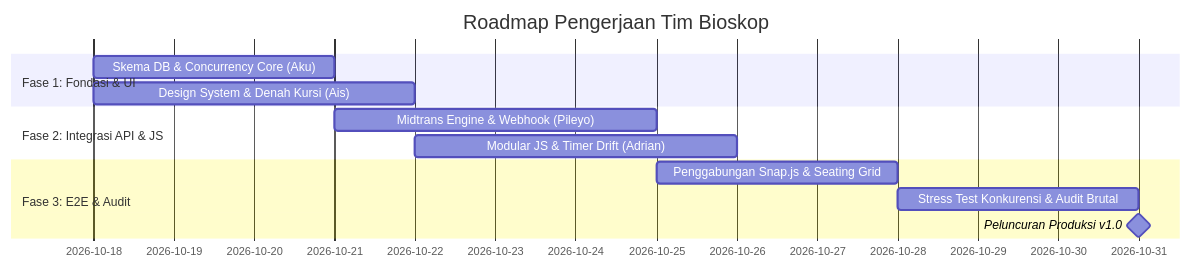
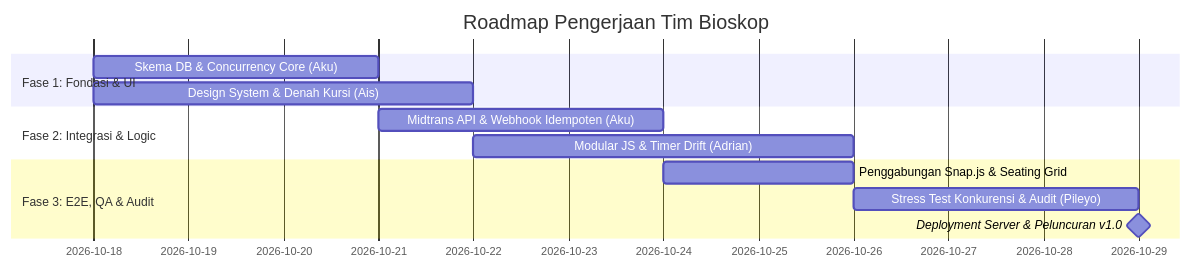
The second of 2 diagrams in docs/08-jobdesk-team.md (Hnzsama/nexus), drawn with Mermaid before and after one commit. The commit also changed other lines of this file and 1 other file, not shown here.

Commit message:
refactor(docs): assign 100% backend to Aku, visual styling to Ais, client JS logic to Adrian, QA & DevOps to Pileyo

````diff
--- a/docs/08-jobdesk-team.md
+++ b/docs/08-jobdesk-team.md
@@ -189,15 +238,15 @@
 ```mermaid
 gantt
     title Roadmap Pengerjaan Tim Bioskop
     dateFormat YYYY-MM-DD
     section Fase 1: Fondasi & UI
     Skema DB & Concurrency Core (Aku)       :a1, 2026-10-18, 3d
     Design System & Denah Kursi (Ais)       :a2, 2026-10-18, 4d
-    section Fase 2: Integrasi API & JS
-    Midtrans Engine & Webhook (Pileyo)      :a3, after a1, 4d
+    section Fase 2: Integrasi & Logic
+    Midtrans API & Webhook Idempoten (Aku)  :a3, after a1, 3d
     Modular JS & Timer Drift (Adrian)       :a4, after a2, 4d
-    section Fase 3: E2E & Audit
-    Penggabungan Snap.js & Seating Grid     :a5, after a3, 3d
-    Stress Test Konkurensi & Audit Brutal   :a6, after a5, 3d
-    Peluncuran Produksi v1.0                :milestone, after a6, 0d
+    section Fase 3: E2E, QA & Audit
+    Penggabungan Snap.js & Seating Grid     :a5, after a3, 2d
+    Stress Test Konkurensi & Audit (Pileyo) :a6, after a5, 3d
+    Deployment Server & Peluncuran v1.0     :milestone, after a6, 0d
 ```
````
